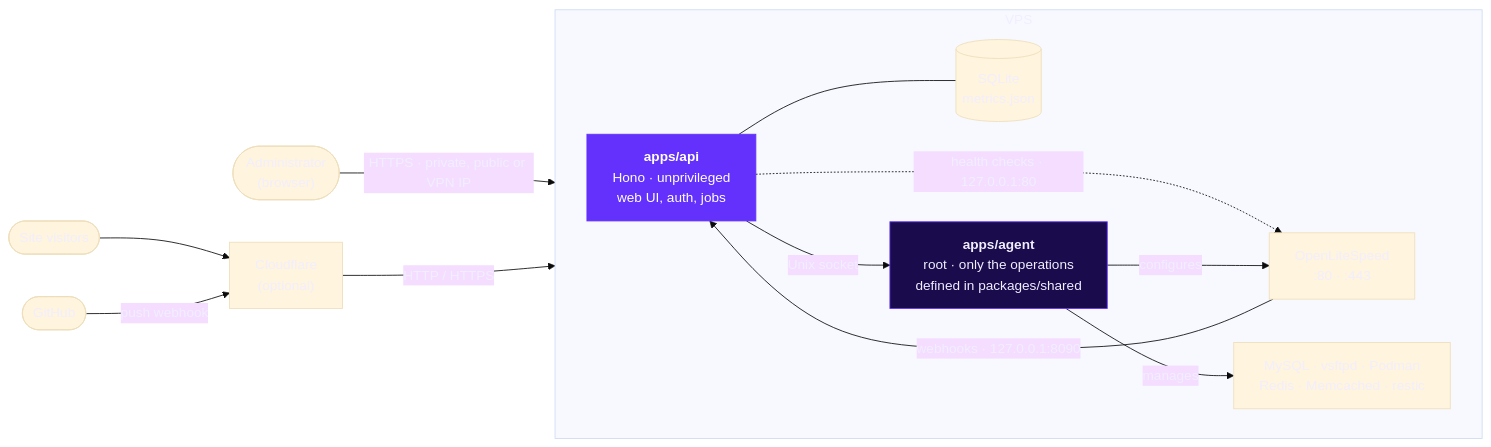
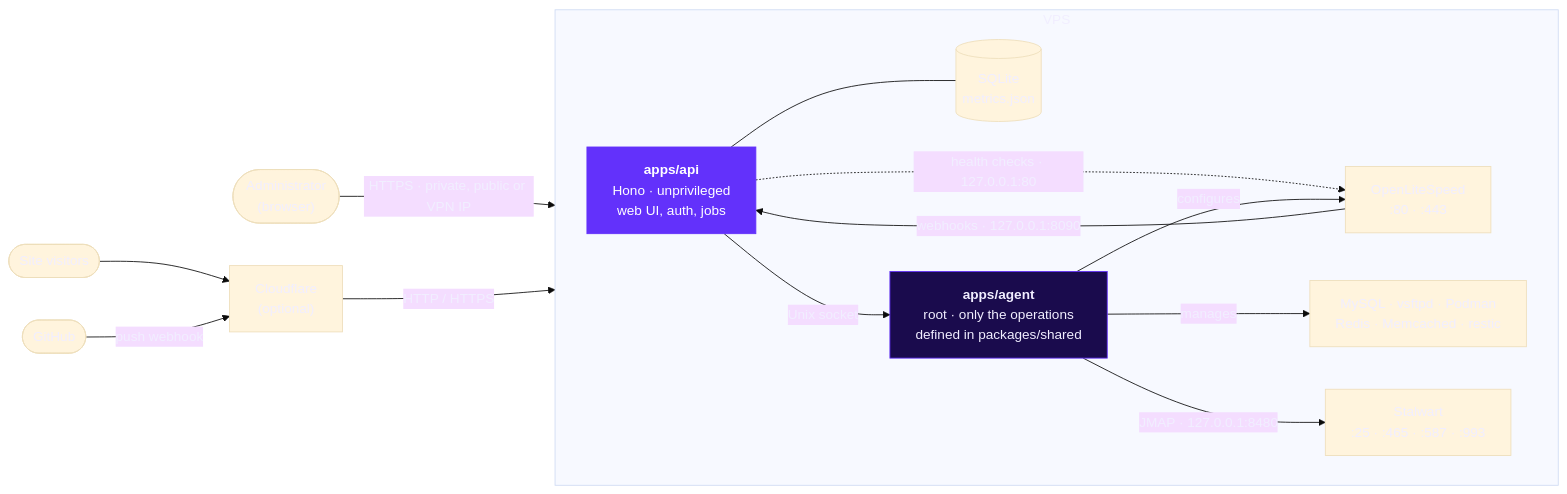
Before and after one commit to agustinglez/eaglepanel: the diagram in README.md, drawn with Mermaid (base theme). The commit also changed other lines of this file and 34 other files, not shown here.

First line of the commit message:
Add mail with Stalwart: mailboxes, forwards, DNS and certificates.

````diff
--- a/README.md
+++ b/README.md
@@ -83,32 +84,34 @@
 ```mermaid
 flowchart LR
     admin(["Administrator<br/>(browser)"])
     visitors(["Site visitors"])
     github(["GitHub"])
     cf["Cloudflare<br/>(optional)"]
 
     subgraph vps["VPS"]
         direction LR
         api["<b>apps/api</b><br/>Hono · unprivileged<br/>web UI, auth, jobs"]
         data[("SQLite<br/>metrics.json")]
         agent["<b>apps/agent</b><br/>root · only the operations<br/>defined in packages/shared"]
         ols["OpenLiteSpeed<br/>:80 · :443"]
         services["MySQL · vsftpd · Podman<br/>Redis · Memcached · restic"]
+        mail["Stalwart<br/>:25 · :465 · :587 · :993"]
     end
 
     admin -- "HTTPS · private, public or VPN IP" --> api
     visitors --> cf
     github -- "push webhook" --> cf
     cf -- "HTTP / HTTPS" --> ols
     ols -- "webhooks · 127.0.0.1:8090" --> api
     api --- data
     api -- "Unix socket" --> agent
     api -. "health checks · 127.0.0.1:80" .-> ols
     agent -- "configures" --> ols
     agent -- "manages" --> services
+    agent -- "JMAP · 127.0.0.1:8480" --> mail
 
     classDef brand fill:#6331FB,stroke:#6331FB,color:#FFFFFF
     classDef root fill:#1A0B4D,stroke:#6331FB,color:#F1EEFF
     class api brand
     class agent root
 ```
````
